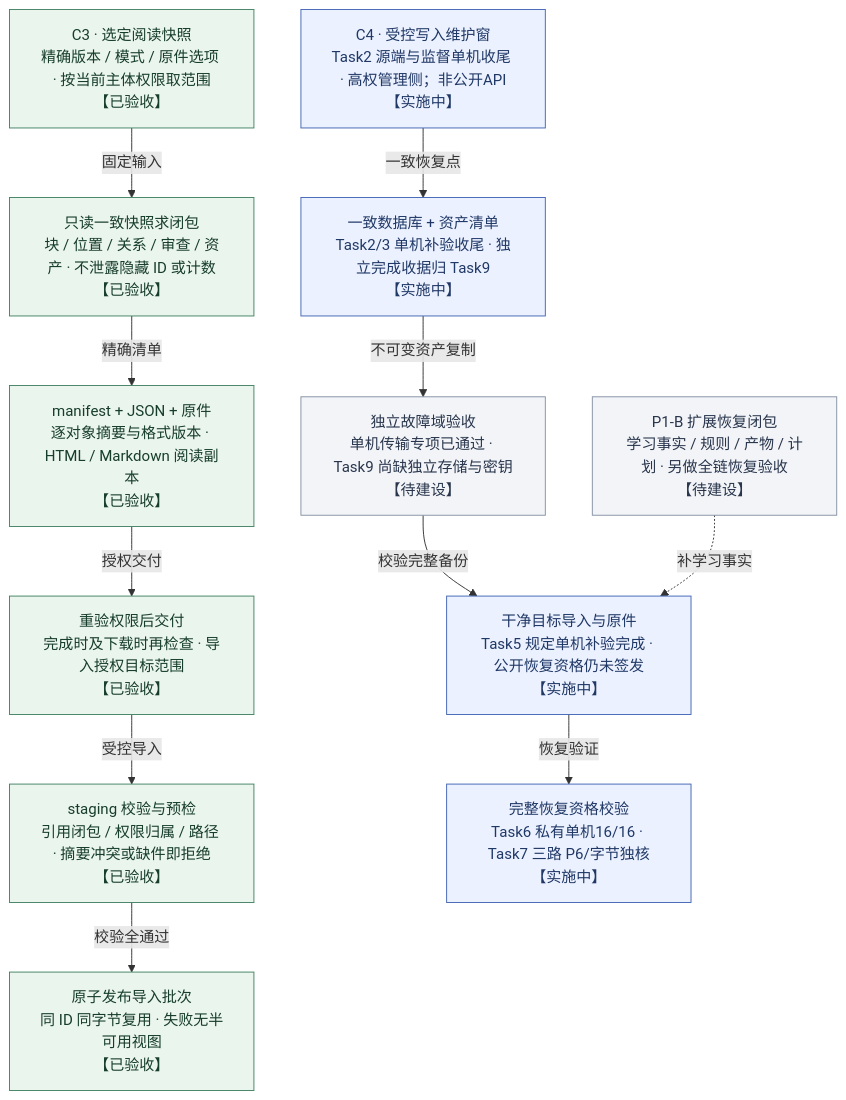
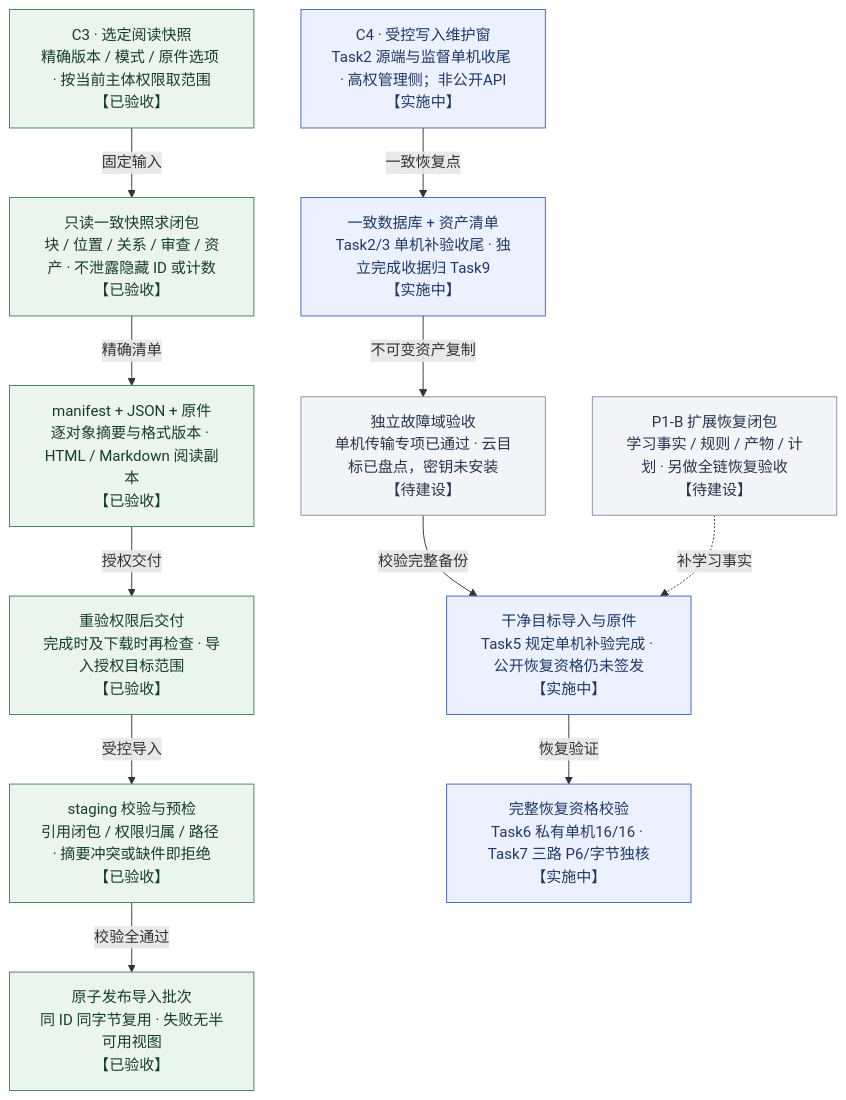
Before and after one commit to MansurnamedZhang/learning-system-p0c4: the diagram in docs/diagrams/knowweave-portability.mmd, drawn with Mermaid. The commit also changed 15 other files, not shown here.

```diff
--- a/docs/diagrams/knowweave-portability.mmd
+++ b/docs/diagrams/knowweave-portability.mmd
@@ -1,30 +1,30 @@
 flowchart TB
     view["C3 · 选定阅读快照<br/>精确版本 / 模式 / 原件选项 · 按当前主体权限取范围<br/>【已验收】"]
     closure["只读一致快照求闭包<br/>块 / 位置 / 关系 / 审查 / 资产 · 不泄露隐藏 ID 或计数<br/>【已验收】"]
     bundle["manifest + JSON + 原件<br/>逐对象摘要与格式版本 · HTML / Markdown 阅读副本<br/>【已验收】"]
     visible["原子发布导入批次<br/>同 ID 同字节复用 · 失败无半可用视图<br/>【已验收】"]
     preflight["staging 校验与预检<br/>引用闭包 / 权限归属 / 路径 · 摘要冲突或缺件即拒绝<br/>【已验收】"]
     delivery["重验权限后交付<br/>完成时及下载时再检查 · 导入授权目标范围<br/>【已验收】"]
     pause["C4 · 受控写入维护窗<br/>Task2 源端与监督单机收尾 · 高权管理侧；非公开API<br/>【实施中】"]
     backup["一致数据库 + 资产清单<br/>Task2/3 单机补验收尾 · 独立完成收据归 Task9<br/>【实施中】"]
-    copy["独立故障域验收<br/>单机传输专项已通过 · Task9 尚缺独立存储与密钥<br/>【待建设】"]
+    copy["独立故障域验收<br/>单机传输专项已通过 · 云目标已盘点，密钥未安装<br/>【待建设】"]
     check["完整恢复资格校验<br/>Task6 私有单机16/16 · Task7 三路 P6/字节独核<br/>【实施中】"]
     restore["干净目标导入与原件<br/>Task5 规定单机补验完成 · 公开恢复资格仍未签发<br/>【实施中】"]
     future["P1-B 扩展恢复闭包<br/>学习事实 / 规则 / 产物 / 计划 · 另做全链恢复验收<br/>【待建设】"]
     view -- "固定输入" --> closure
     closure -- "精确清单" --> bundle
     bundle -- "授权交付" --> delivery
     delivery -- "受控导入" --> preflight
     preflight -- "校验全通过" --> visible
     pause -- "一致恢复点" --> backup
     backup -- "不可变资产复制" --> copy
     copy -- "校验完整备份" --> restore
     restore -- "恢复验证" --> check
     future -. "补学习事实" .-> restore
     class view,closure,bundle,visible,preflight,delivery done
     class pause,backup,check,restore next
     class copy,future planned
     classDef done fill:#eaf5ee,stroke:#438363,color:#173d2b
     classDef next fill:#ebf1ff,stroke:#4365b4,color:#203866
     classDef planned fill:#f2f4f8,stroke:#8591a3,color:#28354b
     classDef optional fill:#f3ecfb,stroke:#9271b0,color:#4a3362
```
